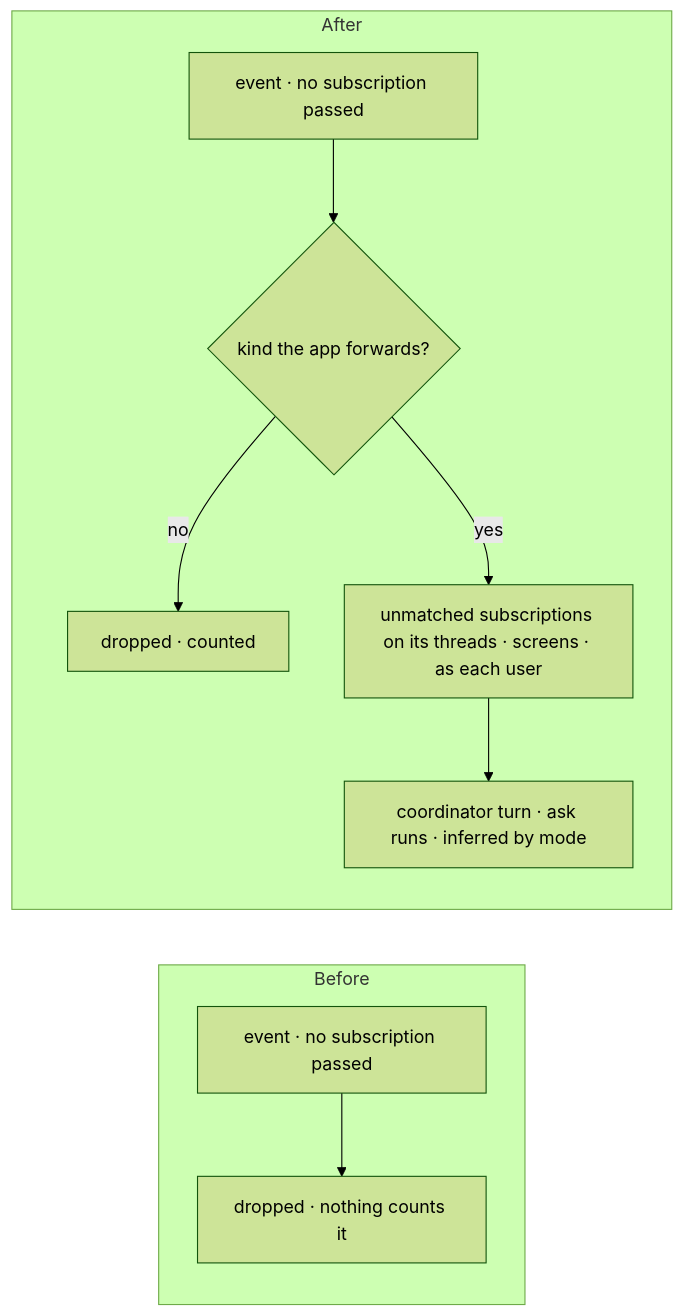
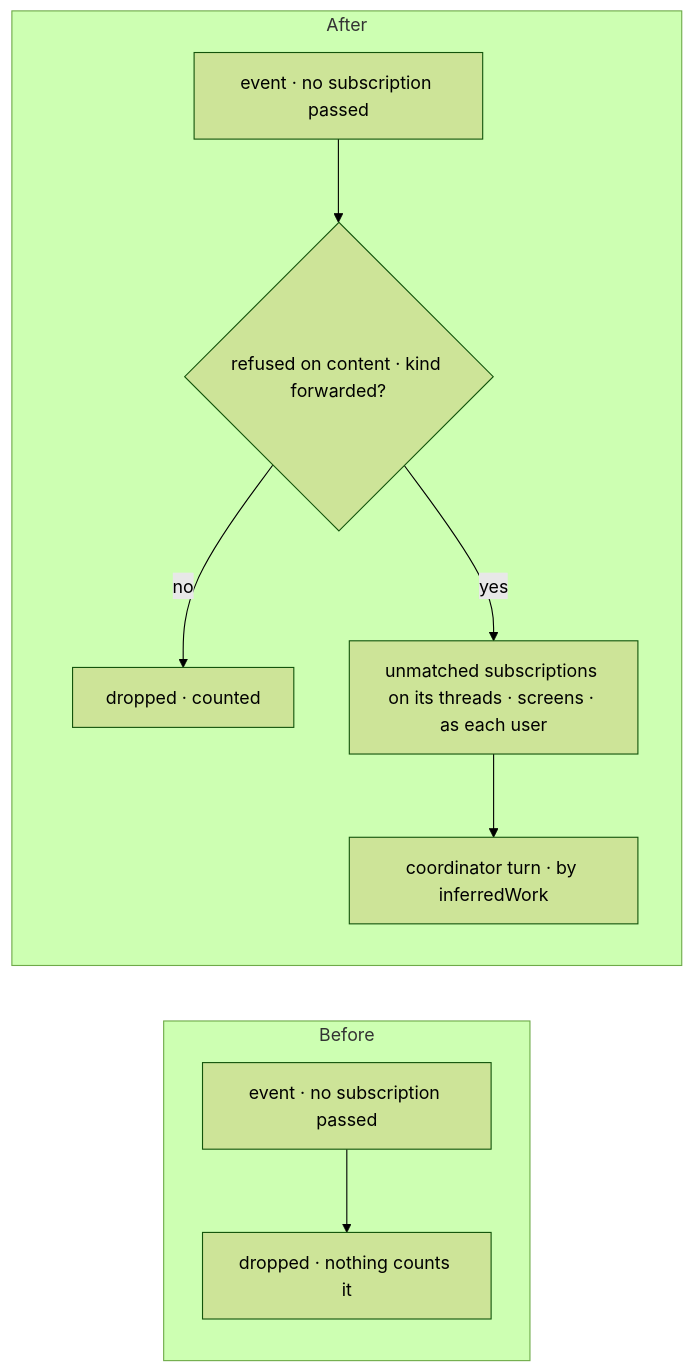
Before and after one commit to fixpoint-labs/flow-state-dev: the second of 3 diagrams in specs/issues/FIX-2538/SPEC.md, drawn with Mermaid (forest theme). The commit also changed other lines of this file and 4 other files, not shown here.

````diff
--- a/specs/issues/FIX-2538/SPEC.md
+++ b/specs/issues/FIX-2538/SPEC.md
@@ -51,12 +52,12 @@
 ```mermaid
 flowchart LR
   subgraph Before
     B1["event · no subscription passed"] --> B2["dropped · nothing counts it"]
   end
   subgraph After
-    A1["event · no subscription passed"] --> A2{"kind the app forwards?"}
+    A1["event · no subscription passed"] --> A2{"refused on content · kind forwarded?"}
     A2 -->|"no"| A3["dropped · counted"]
     A2 -->|"yes"| A4["unmatched subscriptions on its threads · screens · as each user"]
-    A4 --> A5["coordinator turn · ask runs · inferred by mode"]
+    A4 --> A5["coordinator turn · by inferredWork"]
   end
 ```
````
